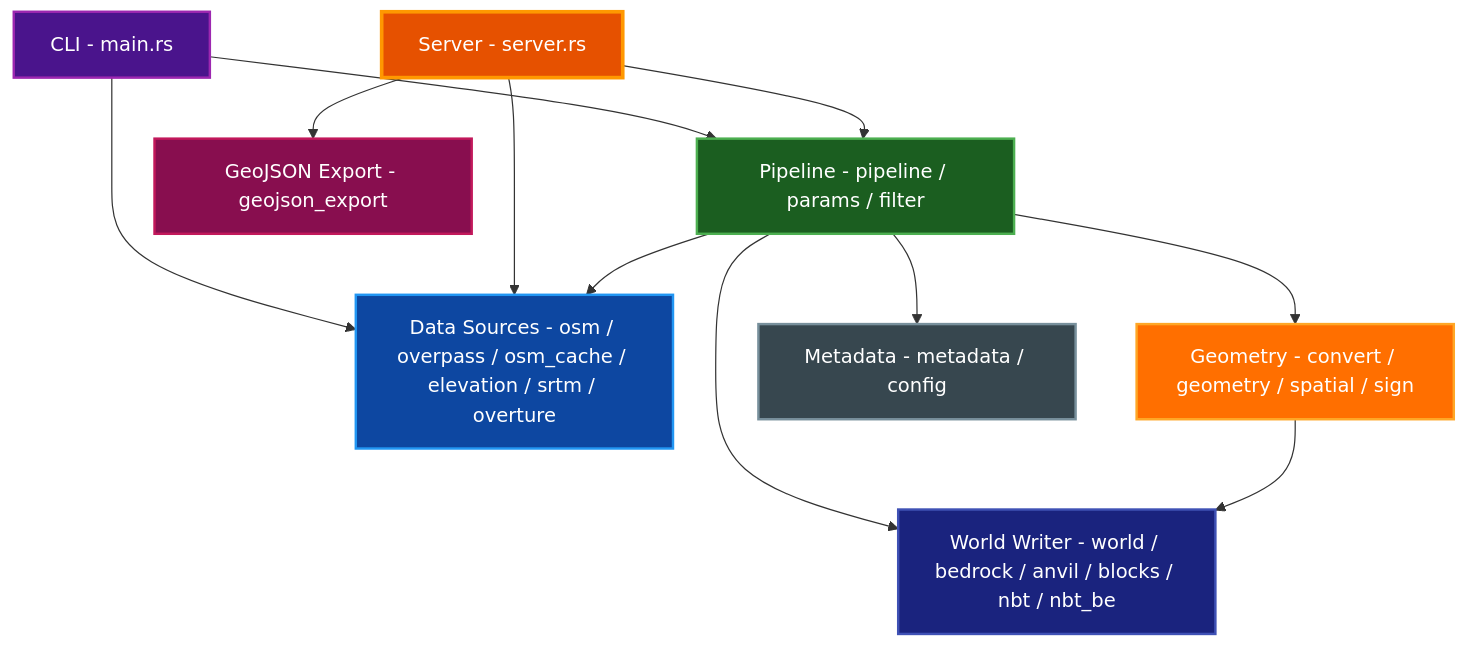
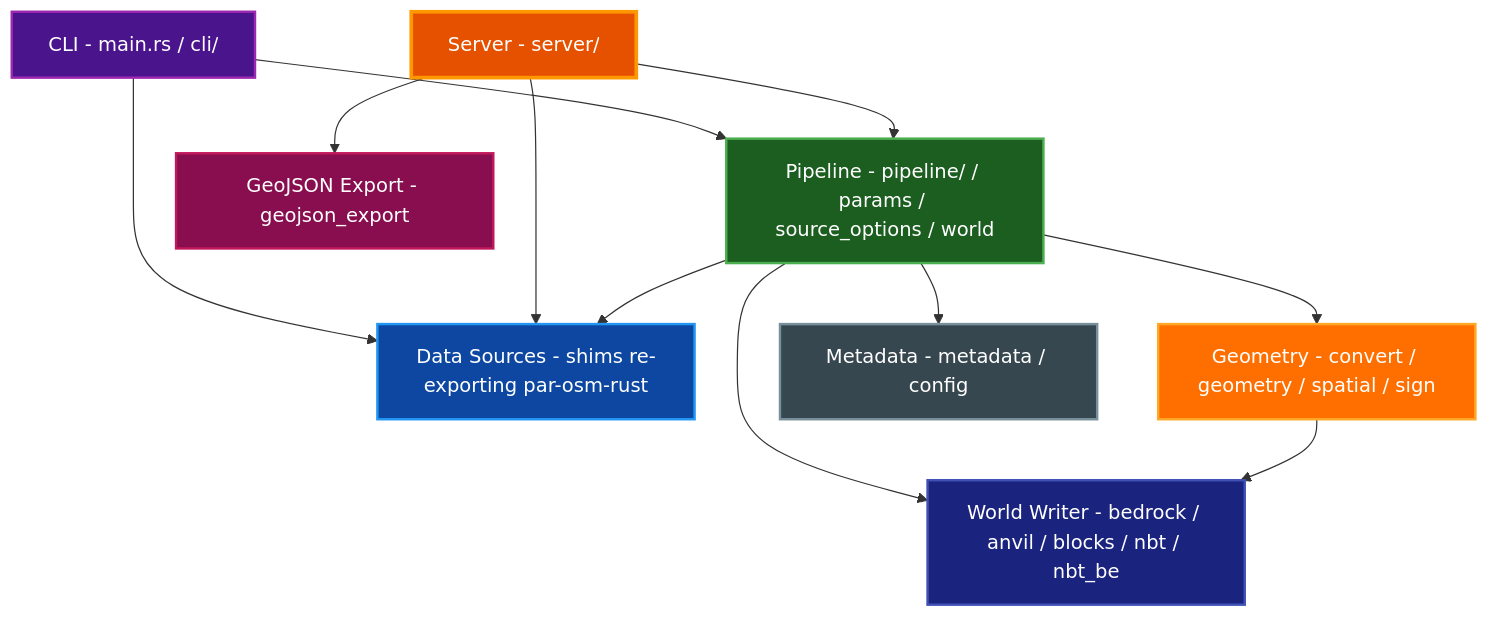
Before and after one commit to paulrobello/osm-to-bedrock: the second of 4 diagrams in docs/ARCHITECTURE.md, drawn with Mermaid. The commit also changed other lines of this file and 12 other files, not shown here.

````diff
--- a/docs/ARCHITECTURE.md
+++ b/docs/ARCHITECTURE.md
@@ -104,31 +108,31 @@
 ```mermaid
 graph TD
-    CLI[CLI - main.rs]
-    Server[Server - server.rs]
-    Pipeline[Pipeline - pipeline / params / filter]
-    DataSources[Data Sources - osm / overpass / osm_cache / elevation / srtm / overture]
+    CLI[CLI - main.rs / cli/]
+    Server[Server - server/]
+    Pipeline[Pipeline - pipeline/ / params / source_options / world]
+    DataSources[Data Sources - shims re-exporting par-osm-rust]
     Geometry[Geometry - convert / geometry / spatial / sign]
-    WorldWriter[World Writer - world / bedrock / anvil / blocks / nbt / nbt_be]
+    WorldWriter[World Writer - bedrock / anvil / blocks / nbt / nbt_be]
     GeoJSON[GeoJSON Export - geojson_export]
     Metadata[Metadata - metadata / config]
 
     CLI --> Pipeline
     CLI --> DataSources
     Server --> Pipeline
     Server --> DataSources
     Server --> GeoJSON
     Pipeline --> DataSources
     Pipeline --> Geometry
     Pipeline --> WorldWriter
     Pipeline --> Metadata
     Geometry --> WorldWriter
 
     style CLI fill:#4a148c,stroke:#9c27b0,stroke-width:2px,color:#ffffff
     style Server fill:#e65100,stroke:#ff9800,stroke-width:3px,color:#ffffff
     style Pipeline fill:#1b5e20,stroke:#4caf50,stroke-width:2px,color:#ffffff
     style DataSources fill:#0d47a1,stroke:#2196f3,stroke-width:2px,color:#ffffff
     style Geometry fill:#ff6f00,stroke:#ffa726,stroke-width:2px,color:#ffffff
     style WorldWriter fill:#1a237e,stroke:#3f51b5,stroke-width:2px,color:#ffffff
     style GeoJSON fill:#880e4f,stroke:#c2185b,stroke-width:2px,color:#ffffff
     style Metadata fill:#37474f,stroke:#78909c,stroke-width:2px,color:#ffffff
 ```
````
